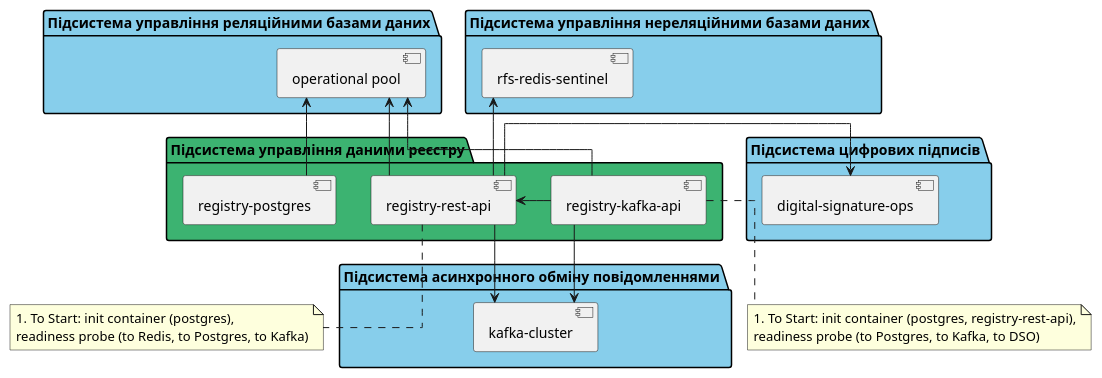
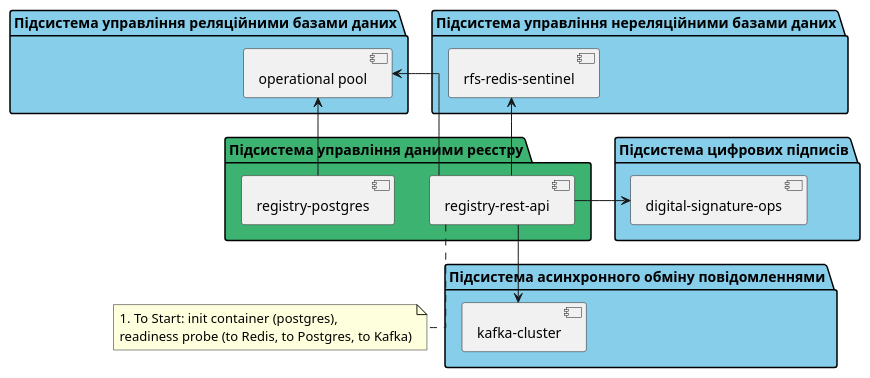
One commit to epam/edp-ddm-architecture changed the diagram in docs/ua/modules/arch/pages/architecture/registry/operational/registry-management/components/subsystem-dependencies.adoc. Above: the diagram before and after it, drawn with PlantUML. The commit also changed 16 other files, not shown here.

```diff
--- a/docs/ua/modules/arch/pages/architecture/registry/operational/registry-management/components/subsystem-dependencies.adoc
+++ b/docs/ua/modules/arch/pages/architecture/registry/operational/registry-management/components/subsystem-dependencies.adoc
@@ -13,49 +13,40 @@
 [plantuml]
 ----
 @startuml
 skinparam Linetype ortho
 
 package "Підсистема управління даними реєстру" #MediumSeaGreen {
 component [registry-rest-api]
-component [registry-kafka-api]
 component [registry-postgres]
 }
 
 package "Підсистема асинхронного обміну повідомленнями" #SkyBlue {
 component [kafka-cluster]
 }
 
 package "Підсистема управління реляційними базами даних" #SkyBlue {
 component [operational pool]
 }
 
 package "Підсистема управління нереляційними базами даних" #SkyBlue {
 component [rfs-redis-sentinel]
 }
 
 package "Підсистема цифрових підписів" #SkyBlue {
 component [digital-signature-ops]
 }
 
 [registry-rest-api] -> [operational pool]
 [registry-rest-api] -up-> [rfs-redis-sentinel]
 [registry-rest-api] -down-> [kafka-cluster]
-[registry-kafka-api] -up-> [operational pool]
-[registry-kafka-api] -> [registry-rest-api]
-[registry-kafka-api] -down-> [kafka-cluster]
 [registry-postgres] -up-> [operational pool]
 [registry-rest-api] -> [digital-signature-ops]
 
 note bottom of [registry-rest-api]
  1. To Start: init container (postgres),
  readiness probe (to Redis, to Postgres, to Kafka)
 end note
 
-note bottom of [registry-kafka-api]
-1. To Start: init container (postgres, registry-rest-api),
-readiness probe (to Postgres, to Kafka, to DSO)
-end note
-
 @enduml
 
 ----
```
